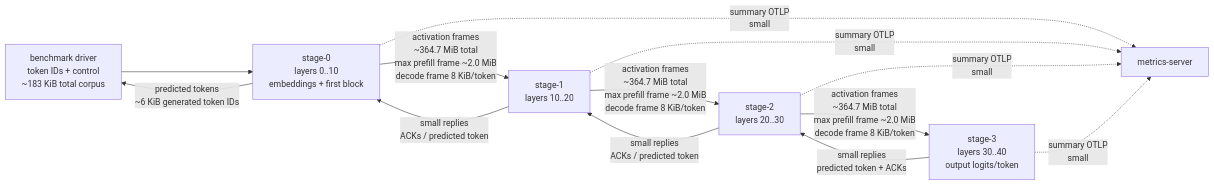
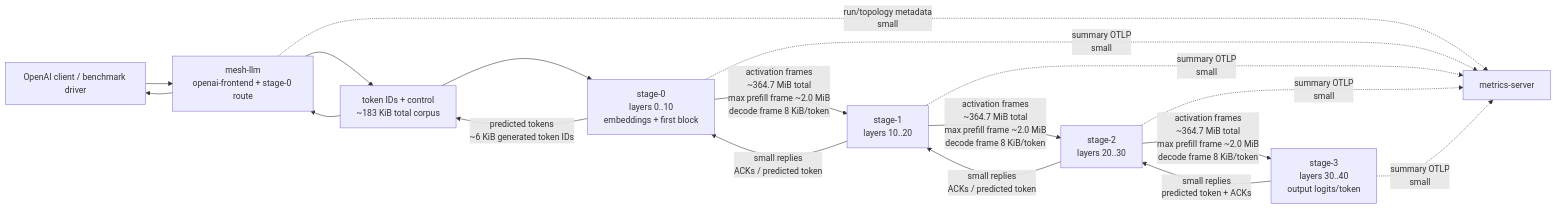
The diagram in docs/skippy/DATA_FLOW.md (michaelneale/mesh-llm), drawn with Mermaid before and after one commit. The commit also changed 17 other files, not shown here.

````diff
--- a/docs/skippy/DATA_FLOW.md
+++ b/docs/skippy/DATA_FLOW.md
@@ -11,20 +11,25 @@
 ```mermaid
 flowchart LR
-    D["benchmark driver<br/>token IDs + control<br/>~183 KiB total corpus"] --> S0["stage-0<br/>layers 0..10<br/>embeddings + first block"]
+    Client["OpenAI client / benchmark driver"] --> Mesh["mesh-llm<br/>openai-frontend + stage-0 route"]
+    Mesh --> D["token IDs + control<br/>~183 KiB total corpus"]
+    D --> S0["stage-0<br/>layers 0..10<br/>embeddings + first block"]
 
     S0 -->|"activation frames<br/>~364.7 MiB total<br/>max prefill frame ~2.0 MiB<br/>decode frame 8 KiB/token"| S1["stage-1<br/>layers 10..20"]
 
     S1 -->|"activation frames<br/>~364.7 MiB total<br/>max prefill frame ~2.0 MiB<br/>decode frame 8 KiB/token"| S2["stage-2<br/>layers 20..30"]
 
     S2 -->|"activation frames<br/>~364.7 MiB total<br/>max prefill frame ~2.0 MiB<br/>decode frame 8 KiB/token"| S3["stage-3<br/>layers 30..40<br/>output logits/token"]
 
     S3 -->|"small replies<br/>predicted token + ACKs"| S2
     S2 -->|"small replies<br/>ACKs / predicted token"| S1
     S1 -->|"small replies<br/>ACKs / predicted token"| S0
     S0 -->|"predicted tokens<br/>~6 KiB generated token IDs"| D
+    D --> Mesh
+    Mesh --> Client
 
+    Mesh -.->|"run/topology metadata<br/>small"| M
     S0 -.->|"summary OTLP<br/>small"| M["metrics-server"]
     S1 -.->|"summary OTLP<br/>small"| M
     S2 -.->|"summary OTLP<br/>small"| M
     S3 -.->|"summary OTLP<br/>small"| M
 ```
````
